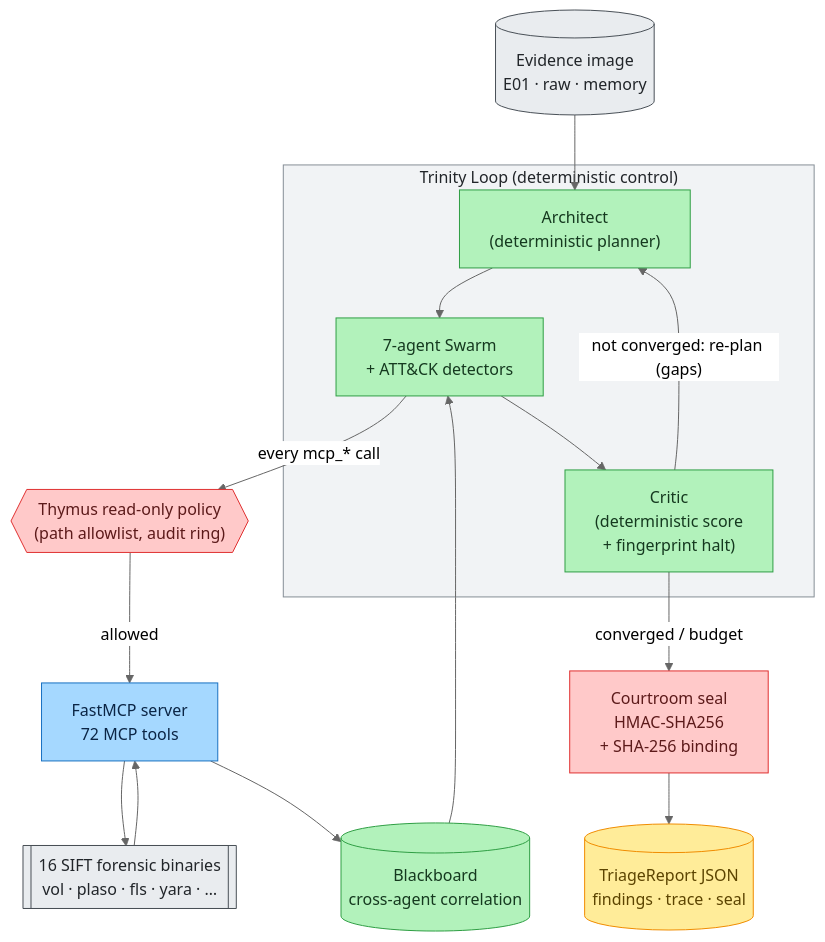
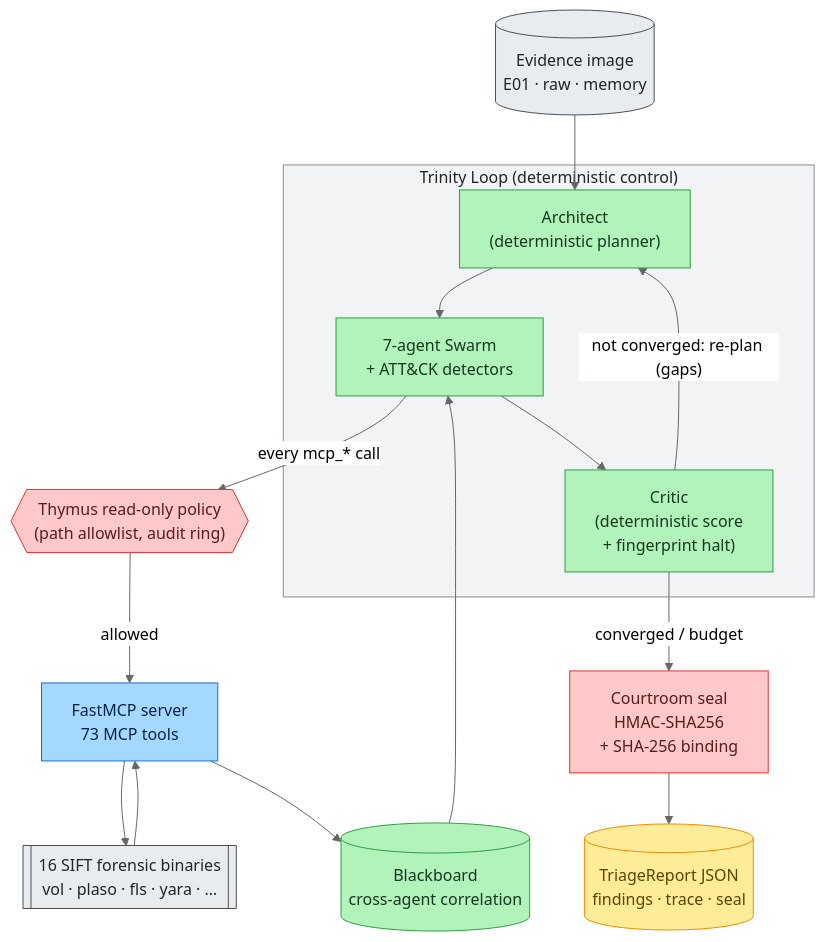
Before and after one commit to galvangabriel-web/agentropix-mcp: the diagram in docs/01-overview/what-is-agentropix.md, drawn with Mermaid (neutral theme). The commit also changed other lines of this file and 80 other files, not shown here.

````diff
--- a/docs/01-overview/what-is-agentropix.md
+++ b/docs/01-overview/what-is-agentropix.md
@@ -81,45 +81,45 @@
 ```mermaid
 flowchart TB
     IMG[("Evidence image<br/>E01 · raw · memory")]
     subgraph TRINITY["Trinity Loop (deterministic control)"]
         ARCH["Architect<br/>(deterministic planner)"]
         SWARM["7-agent Swarm<br/>+ ATT&CK detectors"]
         CRIT["Critic<br/>(deterministic score<br/>+ fingerprint halt)"]
     end
     THYMUS{{"Thymus read-only policy<br/>(path allowlist, audit ring)"}}
-    MCP["FastMCP server<br/>72 MCP tools"]
+    MCP["FastMCP server<br/>73 MCP tools"]
     TOOLS[["16 SIFT forensic binaries<br/>vol · plaso · fls · yara · …"]]
     BB[("Blackboard<br/>cross-agent correlation")]
     SEAL["Courtroom seal<br/>HMAC-SHA256<br/>+ SHA-256 binding"]
     REPORT[("TriageReport JSON<br/>findings · trace · seal")]
 
     IMG --> ARCH
     ARCH --> SWARM
     SWARM -->|"every mcp_* call"| THYMUS
     THYMUS -->|"allowed"| MCP
     MCP --> TOOLS
     TOOLS --> MCP
     MCP --> BB
     BB --> SWARM
     SWARM --> CRIT
     CRIT -->|"not converged: re-plan (gaps)"| ARCH
     CRIT -->|"converged / budget"| SEAL
     SEAL --> REPORT
 
     classDef ext fill:#e9ecef,stroke:#495057,color:#212529
     classDef core fill:#b2f2bb,stroke:#2f9e44,color:#15391f
     classDef gov fill:#ffc9c9,stroke:#e03131,color:#5c1a1a
     classDef api fill:#a5d8ff,stroke:#1971c2,color:#0b2545
     classDef sink fill:#ffec99,stroke:#f08c00,color:#5c4400
 
     class IMG ext
     class ARCH,SWARM,CRIT core
     class THYMUS gov
     class MCP api
     class TOOLS ext
     class BB core
     class SEAL gov
     class REPORT sink
 
     style TRINITY fill:#f1f3f5,stroke:#868e96,color:#212529
 ```
````
